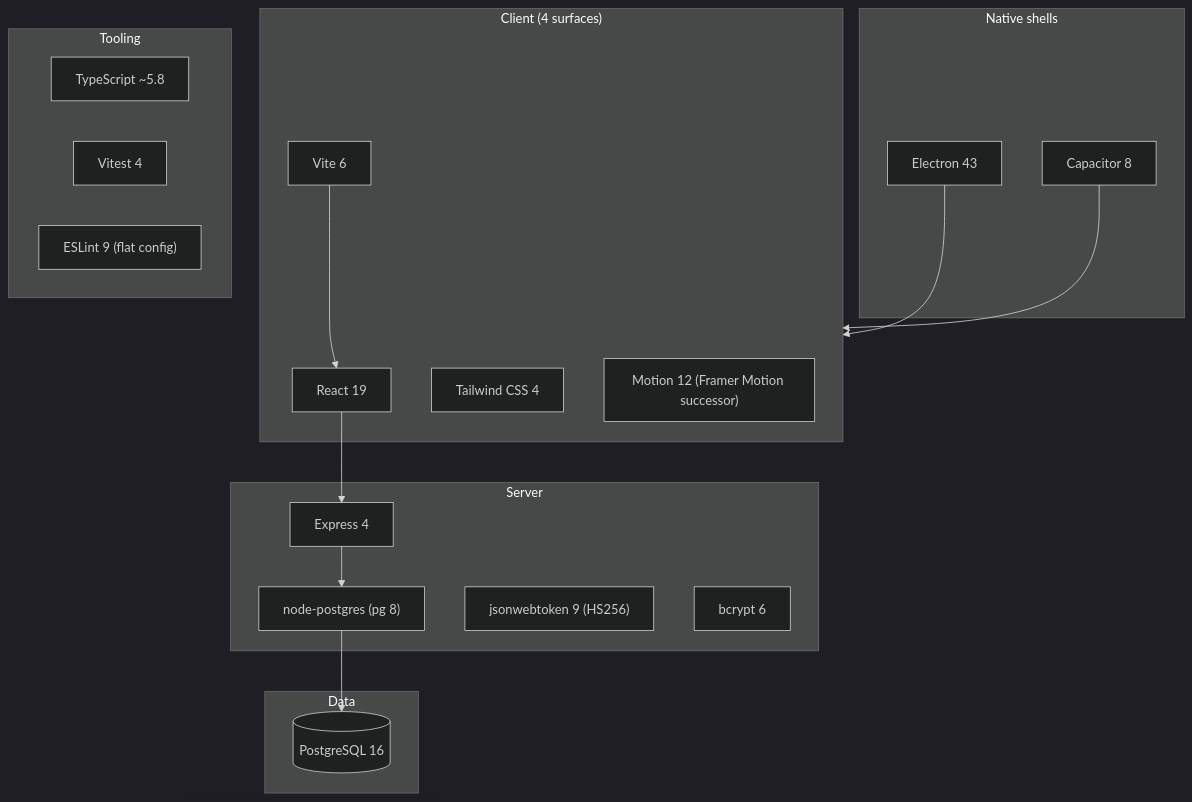
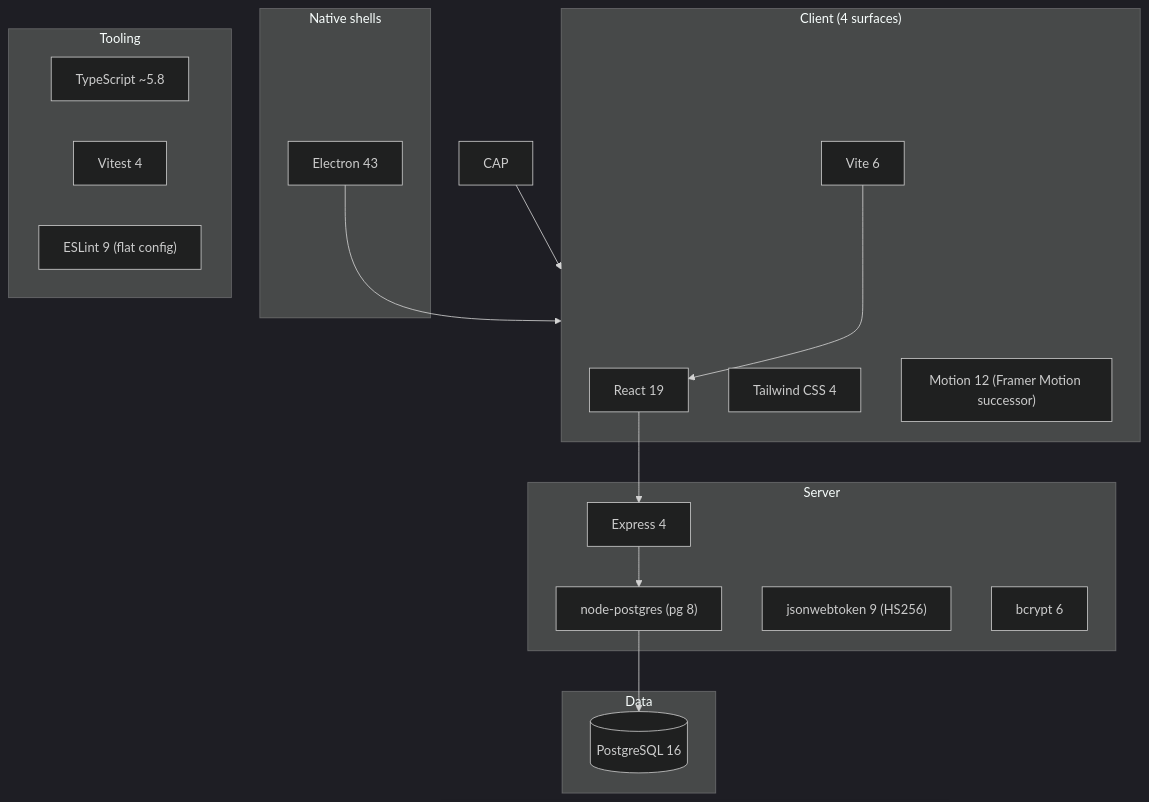
One commit to prathame/DG-ERP changed the diagram in engineering-academy/docs/overview/tech-stack.md. Above: the diagram before and after it, drawn with Mermaid (dark theme). The commit also changed other lines of this file and 65 other files, not shown here.

````diff
--- a/engineering-academy/docs/overview/tech-stack.md
+++ b/engineering-academy/docs/overview/tech-stack.md
@@ -17,33 +17,32 @@
 ```mermaid
 flowchart TB
     subgraph Client["Client (4 surfaces)"]
         R["React 19"]
         V["Vite 6"]
         T["Tailwind CSS 4"]
         M["Motion 12 (Framer Motion successor)"]
     end
     subgraph Server["Server"]
         E["Express 4"]
         PG["node-postgres (pg 8)"]
         J["jsonwebtoken 9 (HS256)"]
         B["bcrypt 6"]
     end
     subgraph Data["Data"]
         P16[("PostgreSQL 16")]
     end
     subgraph Shells["Native shells"]
         EL["Electron 43"]
-        CAP["Capacitor 8"]
     end
     subgraph Tooling["Tooling"]
         TS["TypeScript ~5.8"]
         VT["Vitest 4"]
         ES["ESLint 9 (flat config)"]
     end
     R --> E
     V --> R
     E --> PG
     PG --> P16
     EL --> Client
     CAP --> Client
 ```
````
